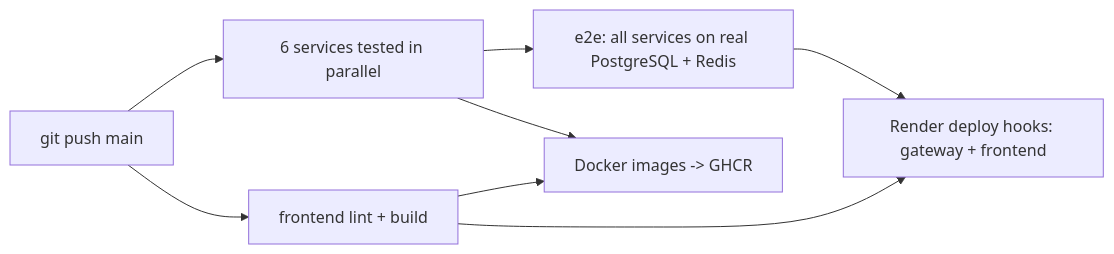
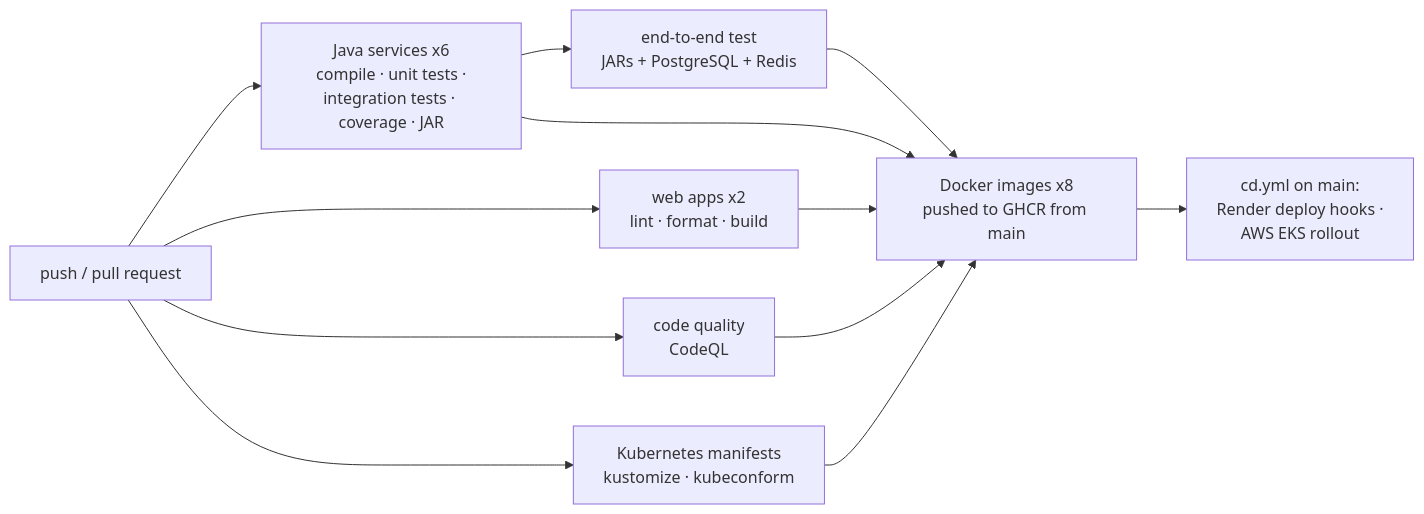
Before and after one commit to kushkumarsriwas/enterprise-order-platform: the third of 3 diagrams in README.md, drawn with Mermaid. The commit also changed other lines of this file and 9 other files, not shown here.

First line of the commit message:
Docs: README, interview guide with resume bullets, AWS, Git workflow, Agile plan

````diff
--- a/README.md
+++ b/README.md
@@ -184,10 +214,10 @@
 ```mermaid
 flowchart LR
-    push[git push main] --> T[6 services tested in parallel]
-    push --> F[frontend lint + build]
-    T --> E[e2e: all services on real PostgreSQL + Redis]
-    T --> D[Docker images -> GHCR]
-    F --> D
-    E --> R[Render deploy hooks: gateway + frontend]
-    F --> R
+    push[push / pull request] --> B[Java services x6<br/>compile · unit tests ·<br/>integration tests · coverage · JAR]
+    push --> W[web apps x2<br/>lint · format · build]
+    push --> Q[code quality<br/>CodeQL]
+    push --> K[Kubernetes manifests<br/>kustomize · kubeconform]
+    B --> E[end-to-end test<br/>JARs + PostgreSQL + Redis]
+    B & W & Q & K & E --> D[Docker images x8<br/>pushed to GHCR from main]
+    D --> CD[cd.yml on main:<br/>Render deploy hooks ·<br/>AWS EKS rollout]
 ```
````
